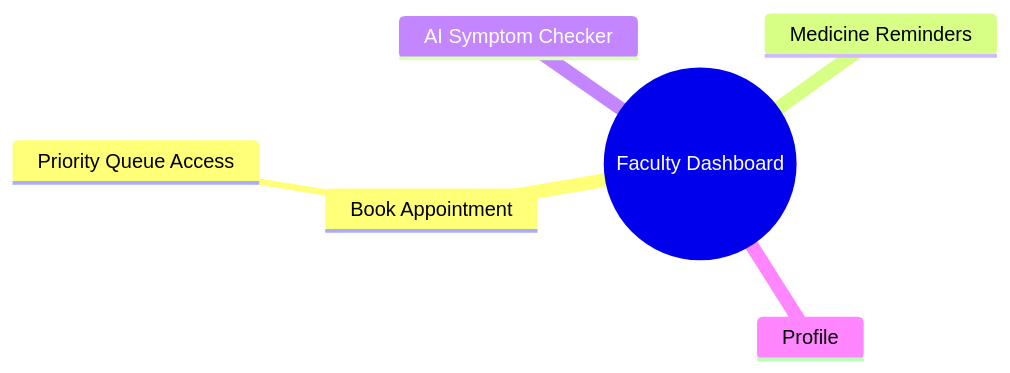
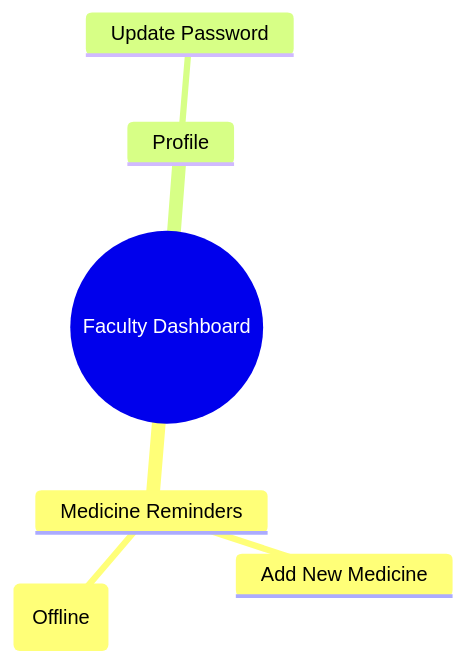
One commit to mediaibuitems-ui/Medi-AI_B_F changed diagram 14 of 20 in Medi_AI_Backend_railway/thesis/Medi-AI_Thesis.md. Above: the diagram before and after it, drawn with Mermaid. The commit also changed other lines of this file and 1 other file, not shown here.

Commit message:
docs: align thesis diagrams with technical audit findings

````diff
--- a/Medi_AI_Backend_railway/thesis/Medi-AI_Thesis.md
+++ b/Medi_AI_Backend_railway/thesis/Medi-AI_Thesis.md
@@ -862,9 +880,9 @@
 ```mermaid
 mindmap
   root((Faculty Dashboard))
-    Book Appointment
-      Priority Queue Access
     Medicine Reminders
-    AI Symptom Checker
+      Add New Medicine
+      View Schedule (Offline)
     Profile
+      Update Password
 ```
````
